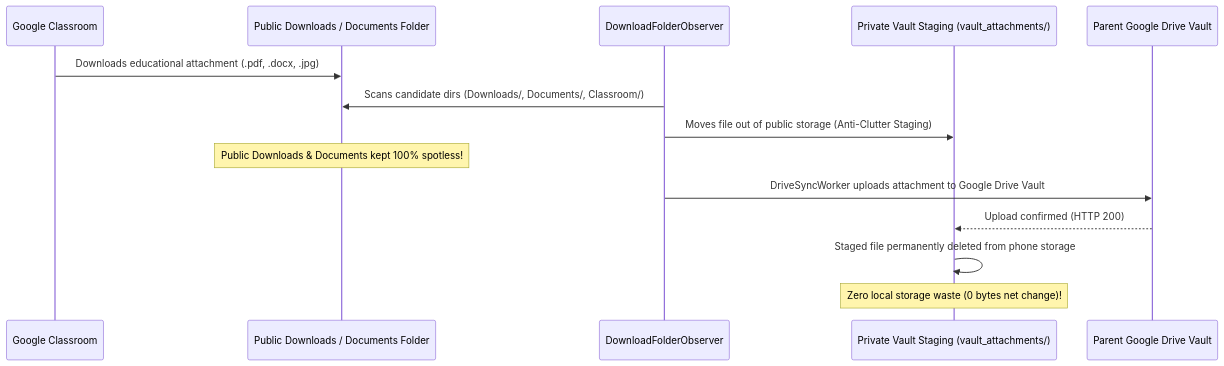
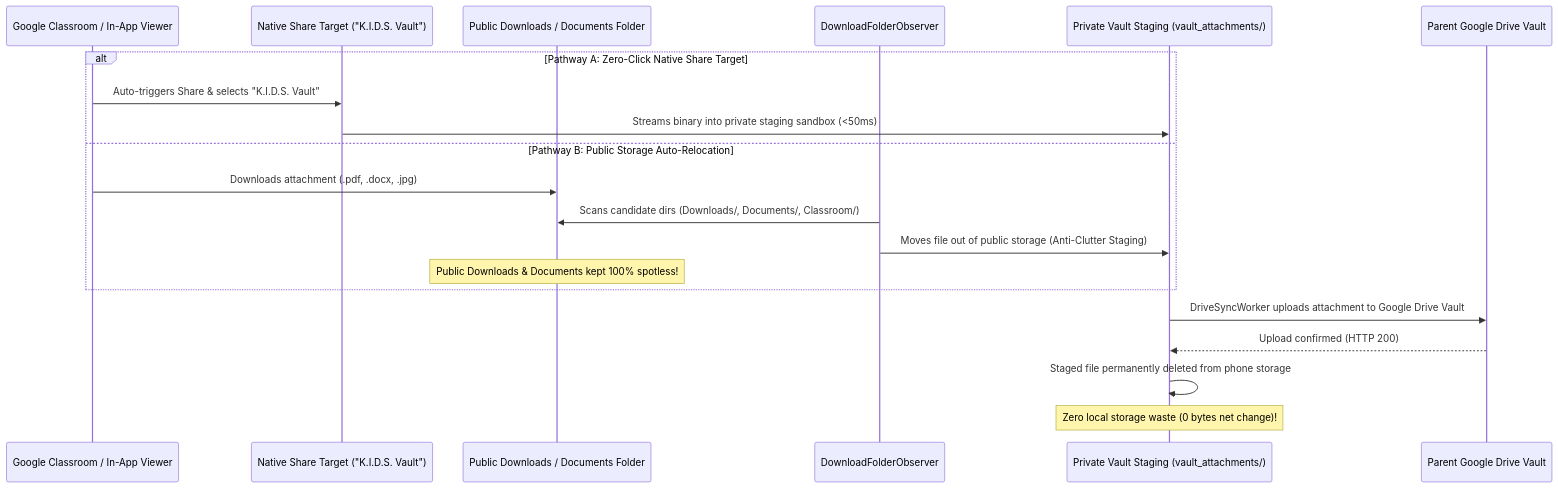
One commit to daarshnicsanjeev/K.I.D.S changed the third of 4 diagrams in docs/USER_MANUAL.md. Above: the diagram before and after it, drawn with Mermaid. The commit also changed other lines of this file and 12 other files, not shown here.

Commit message:
feat(share): add native share target and automated attachment capture with stream comment filtering

````diff
--- a/docs/USER_MANUAL.md
+++ b/docs/USER_MANUAL.md
@@ -284,17 +287,24 @@
 ```mermaid
 sequenceDiagram
-    participant GC as Google Classroom
+    participant GC as Google Classroom / In-App Viewer
+    participant ST as Native Share Target ("K.I.D.S. Vault")
     participant PUB as Public Downloads / Documents Folder
     participant OBS as DownloadFolderObserver
     participant STAGE as Private Vault Staging (vault_attachments/)
     participant DRIVE as Parent Google Drive Vault
 
-    GC->>PUB: Downloads educational attachment (.pdf, .docx, .jpg)
-    OBS->>PUB: Scans candidate dirs (Downloads/, Documents/, Classroom/)
-    OBS->>STAGE: Moves file out of public storage (Anti-Clutter Staging)
-    Note over PUB: Public Downloads & Documents kept 100% spotless!
-    OBS->>DRIVE: DriveSyncWorker uploads attachment to Google Drive Vault
+    alt Pathway A: Zero-Click Native Share Target
+        GC->>ST: Auto-triggers Share & selects "K.I.D.S. Vault"
+        ST->>STAGE: Streams binary into private staging sandbox (<50ms)
+    else Pathway B: Public Storage Auto-Relocation
+        GC->>PUB: Downloads attachment (.pdf, .docx, .jpg)
+        OBS->>PUB: Scans candidate dirs (Downloads/, Documents/, Classroom/)
+        OBS->>STAGE: Moves file out of public storage (Anti-Clutter Staging)
+        Note over PUB: Public Downloads & Documents kept 100% spotless!
+    end
+
+    STAGE->>DRIVE: DriveSyncWorker uploads attachment to Google Drive Vault
     DRIVE-->>STAGE: Upload confirmed (HTTP 200)
     STAGE->>STAGE: Staged file permanently deleted from phone storage
     Note over STAGE: Zero local storage waste (0 bytes net change)!
 ```
````
